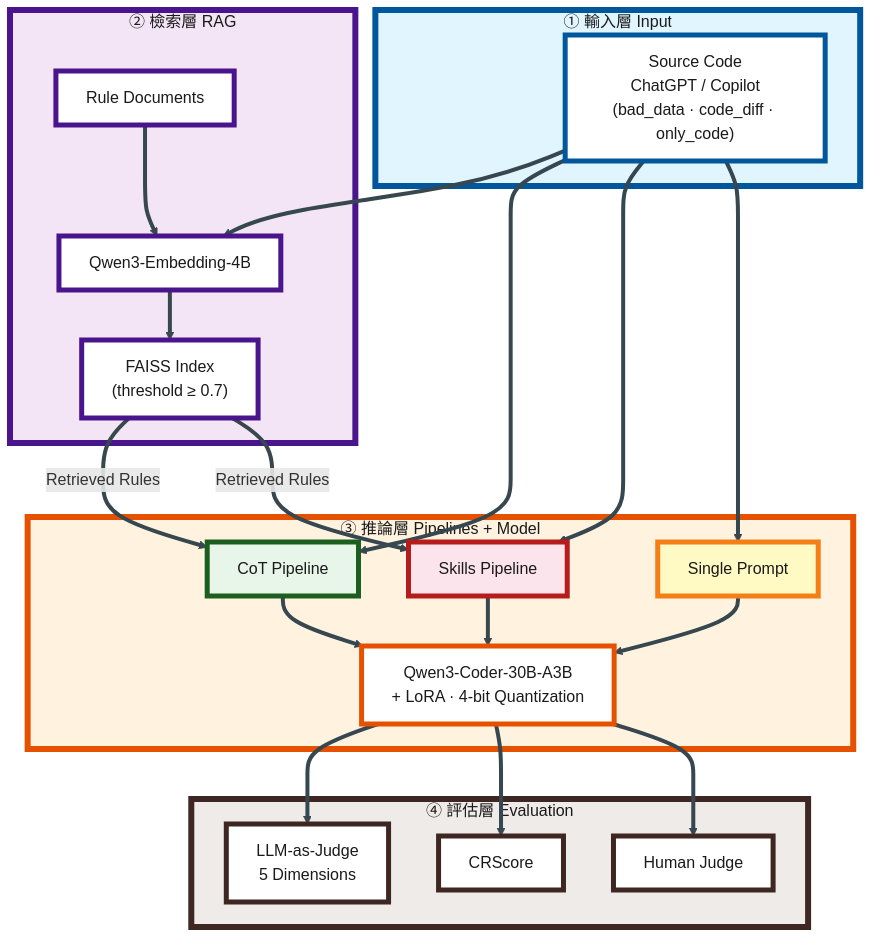
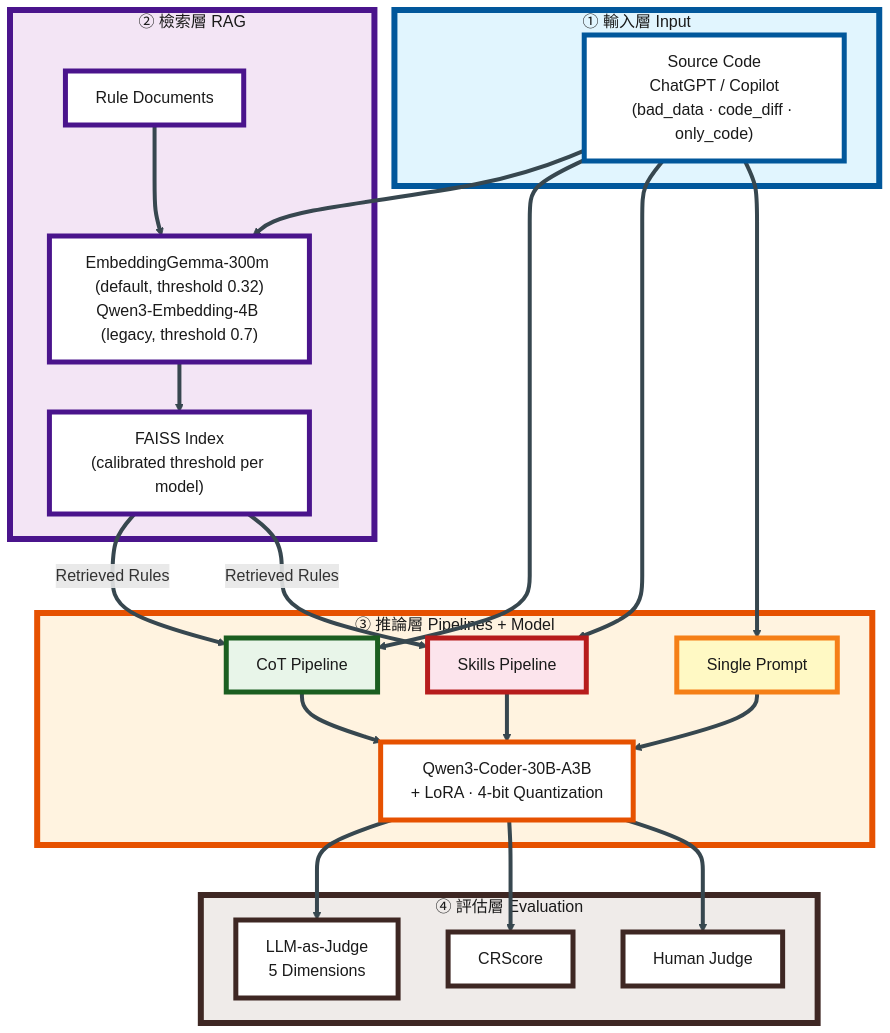
One commit to JE-Chen/Code-Review-Framework-Combining-Large-Language-Models-and-Chain-of-Thought-Reasoning changed the first of 4 diagrams in READMEs/architecture.md. Above: the diagram before and after it, drawn with Mermaid. The commit also changed 21 other files, not shown here.

First line of the commit message:
feat: default local RAG embedding to EmbeddingGemma-300m

````diff
--- a/READMEs/architecture.md
+++ b/READMEs/architecture.md
@@ -5,59 +5,59 @@
 ```mermaid
 %%{init: {'themeVariables': {'fontSize': '52px', 'fontFamily': 'Arial, "Microsoft JhengHei", sans-serif'}, 'flowchart': {'padding': 36, 'nodeSpacing': 100, 'rankSpacing': 120}}}%%
 graph TB
     subgraph INPUT["① 輸入層 Input"]
         CODE["Source Code<br/>ChatGPT / Copilot<br/>(bad_data · code_diff · only_code)"]
     end
 
     subgraph RAG["② 檢索層 RAG"]
         RAG_DATA["Rule Documents"]
-        EMB["Qwen3-Embedding-4B"]
-        FAISS["FAISS Index<br/>(threshold ≥ 0.7)"]
+        EMB["EmbeddingGemma-300m (default, threshold 0.32)<br/>Qwen3-Embedding-4B (legacy, threshold 0.7)"]
+        FAISS["FAISS Index<br/>(calibrated threshold per model)"]
         RAG_DATA --> EMB --> FAISS
     end
 
     subgraph PIPE["③ 推論層 Pipelines + Model"]
         COT["CoT Pipeline"]
         SKILLS["Skills Pipeline"]
         SINGLE["Single Prompt"]
         QWEN["Qwen3-Coder-30B-A3B<br/>+ LoRA · 4-bit Quantization"]
         COT --> QWEN
         SKILLS --> QWEN
         SINGLE --> QWEN
     end
 
     subgraph EVAL["④ 評估層 Evaluation"]
         JUDGE["LLM-as-Judge<br/>5 Dimensions"]
         CRSCORE["CRScore"]
         HUMAN["Human Judge"]
     end
 
     CODE --> EMB
     CODE --> COT
     CODE --> SKILLS
     CODE --> SINGLE
     FAISS -->|Retrieved Rules| COT
     FAISS -->|Retrieved Rules| SKILLS
 
     QWEN --> JUDGE
     QWEN --> CRSCORE
     QWEN --> HUMAN
 
     style INPUT fill:#e1f5fe,stroke:#01579b,stroke-width:6px,color:#1a1a1a
     style RAG fill:#f3e5f5,stroke:#4a148c,stroke-width:6px,color:#1a1a1a
     style PIPE fill:#fff3e0,stroke:#e65100,stroke-width:6px,color:#1a1a1a
     style EVAL fill:#efebe9,stroke:#3e2723,stroke-width:6px,color:#1a1a1a
 
     style CODE fill:#ffffff,stroke:#01579b,stroke-width:5px,color:#1a1a1a
     style RAG_DATA fill:#ffffff,stroke:#4a148c,stroke-width:5px,color:#1a1a1a
     style EMB fill:#ffffff,stroke:#4a148c,stroke-width:5px,color:#1a1a1a
     style FAISS fill:#ffffff,stroke:#4a148c,stroke-width:5px,color:#1a1a1a
     style COT fill:#e8f5e9,stroke:#1b5e20,stroke-width:5px,color:#1a1a1a
     style SKILLS fill:#fce4ec,stroke:#b71c1c,stroke-width:5px,color:#1a1a1a
     style SINGLE fill:#fff9c4,stroke:#f57f17,stroke-width:5px,color:#1a1a1a
     style QWEN fill:#ffffff,stroke:#e65100,stroke-width:5px,color:#1a1a1a
     style JUDGE fill:#ffffff,stroke:#3e2723,stroke-width:5px,color:#1a1a1a
     style CRSCORE fill:#ffffff,stroke:#3e2723,stroke-width:5px,color:#1a1a1a
     style HUMAN fill:#ffffff,stroke:#3e2723,stroke-width:5px,color:#1a1a1a
     linkStyle default stroke:#37474f,stroke-width:4px
 ```
````
